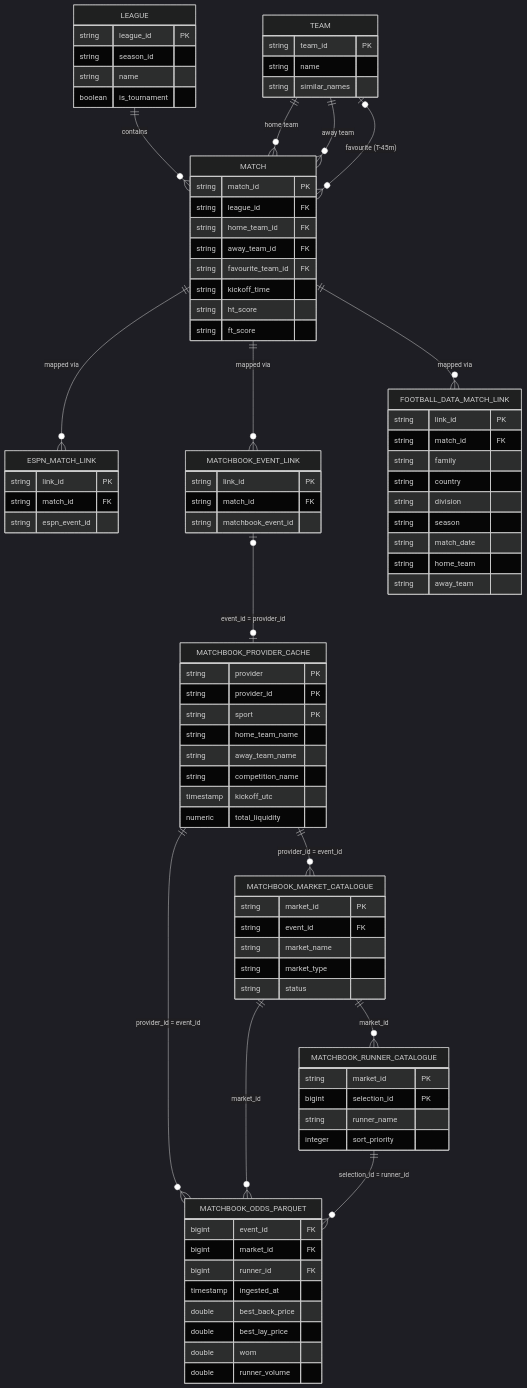
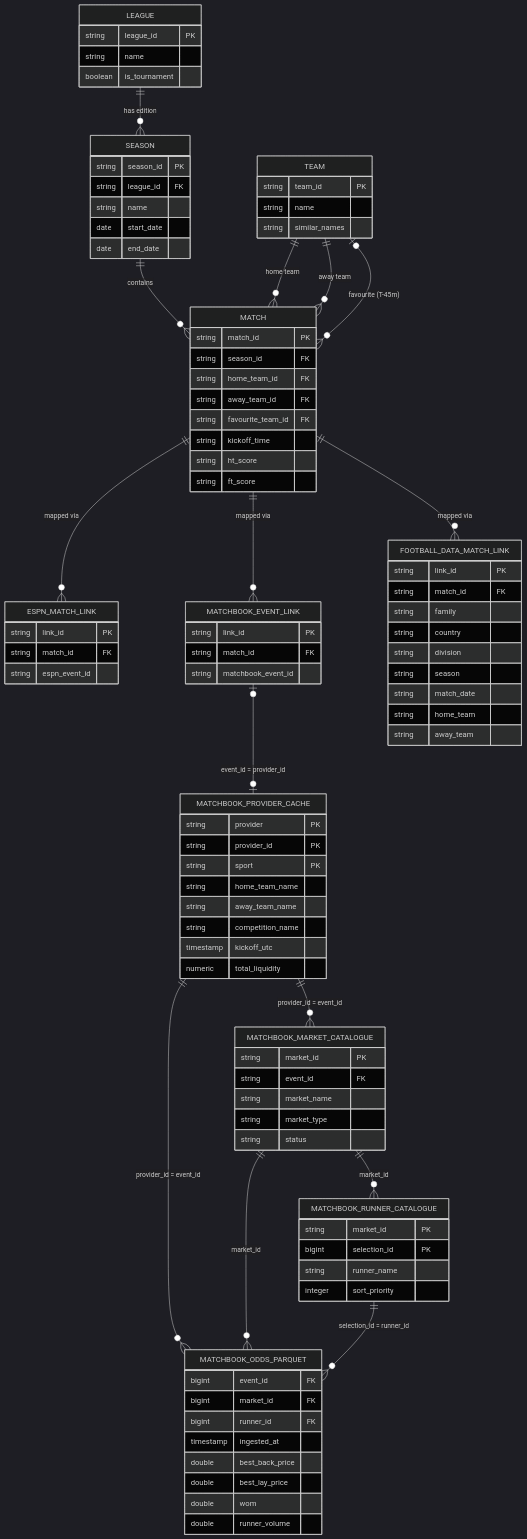
Before and after one commit to dllewellyn/Sports-Data-Ingestion-Pipeline: the diagram in ERD.md, drawn with Mermaid (dark theme). The commit also changed other lines of this file and 4 other files, not shown here.

First line of the commit message:
feat(warehouse): add canonical season entity linked to league

````diff
--- a/ERD.md
+++ b/ERD.md
@@ -46,6 +47,7 @@
 ```mermaid
 erDiagram
-    LEAGUE ||--o{ MATCH : contains
+    LEAGUE ||--o{ SEASON : "has edition"
+    SEASON ||--o{ MATCH : contains
     TEAM ||--o{ MATCH : "home team"
     TEAM ||--o{ MATCH : "away team"
     TEAM |o--o{ MATCH : "favourite (T-45m)"
@@ -68,13 +70,19 @@
     }
     LEAGUE {
         string league_id PK
-        string season_id
         string name
         boolean is_tournament
     }
+    SEASON {
+        string season_id PK
+        string league_id FK
+        string name
+        date start_date
+        date end_date
+    }
     MATCH {
         string match_id PK
-        string league_id FK
+        string season_id FK
         string home_team_id FK
         string away_team_id FK
         string favourite_team_id FK
````
